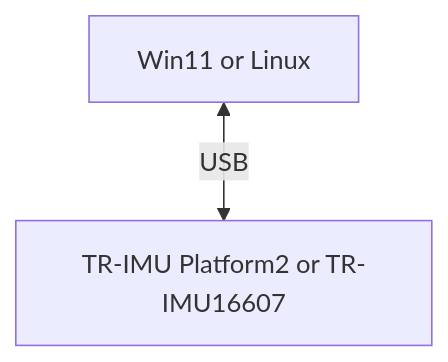
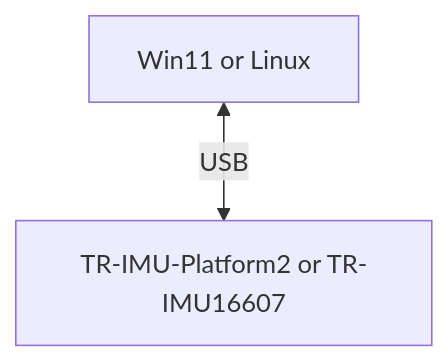
Before and after one commit to technoroad/TR-IMU2-PythonTestApp: the first of 2 diagrams in README.md, drawn with Mermaid. The commit also changed other lines of this file, not shown here.

````diff
--- a/README.md
+++ b/README.md
@@ -52,4 +52,4 @@
 ```mermaid
 graph TB
-    PC["Win11 or Linux"] <-->|"USB"| DEVICE["TR-IMU Platform2 or TR-IMU16607"]
+    PC["Win11 or Linux"] <-->|"USB"| DEVICE["TR-IMU-Platform2 or TR-IMU16607"]
 ```
````
